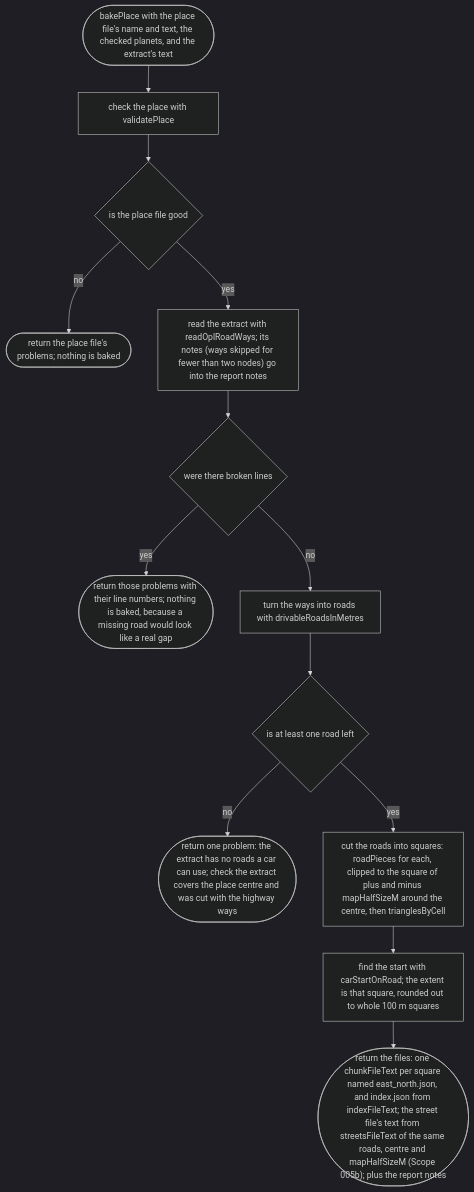
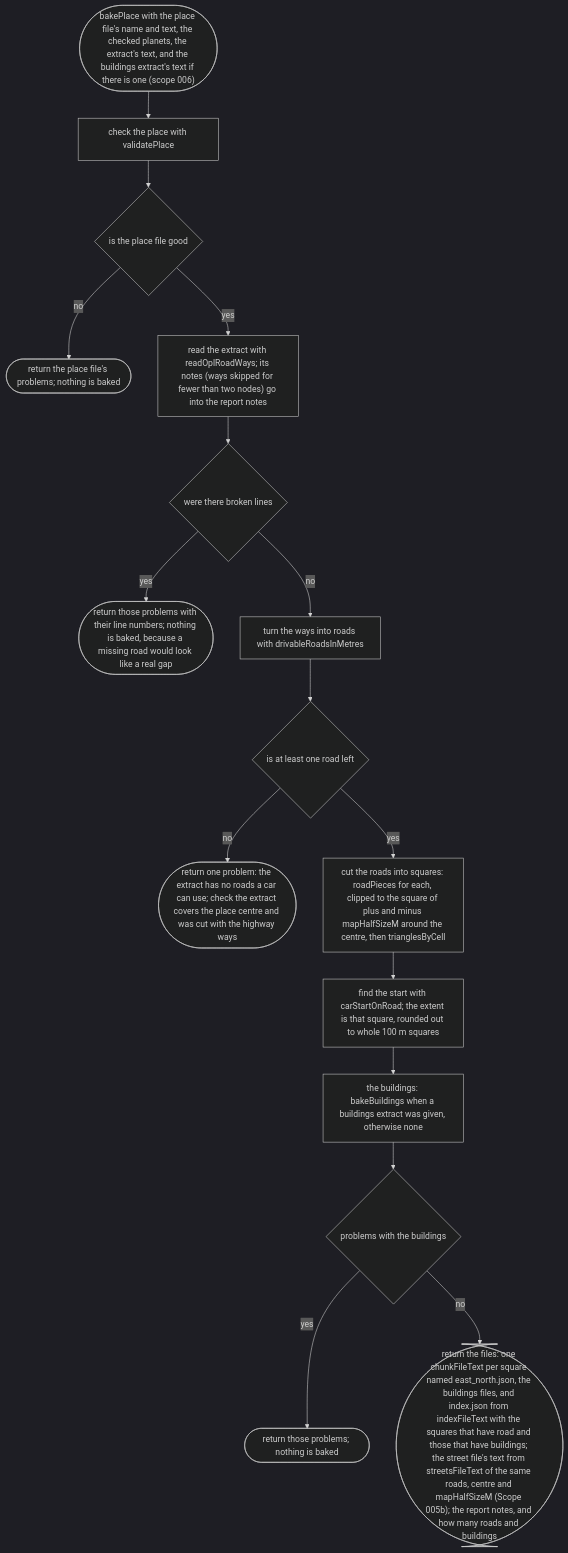
Before and after one commit to NewDara-Star/world-engine: the first of 5 diagrams in docs/designs/tools/bake/bake.md, drawn with Mermaid (dark theme). The commit also changed other lines of this file and 306 other files, not shown here.

First line of the commit message:
Scope 006: buildings from OpenStreetMap

````diff
--- a/docs/designs/tools/bake/bake.md
+++ b/docs/designs/tools/bake/bake.md
@@ -14,23 +14,28 @@
 ```mermaid
 flowchart TD
-  s(["bakePlace with the place file's name and text, the checked planets, and the extract's text"])
+  s(["bakePlace with the place file's name and text, the checked planets, the extract's text, and the buildings extract's text if there is one (scope 006)"])
   a["check the place with validatePlace"]
   b{"is the place file good"}
   c(["return the place file's problems; nothing is baked"])
   d["read the extract with readOplRoadWays; its notes (ways skipped for fewer than two nodes) go into the report notes"]
   e{"were there broken lines"}
   f(["return those problems with their line numbers; nothing is baked, because a missing road would look like a real gap"])
   g["turn the ways into roads with drivableRoadsInMetres"]
   h{"is at least one road left"}
   i(["return one problem: the extract has no roads a car can use; check the extract covers the place centre and was cut with the highway ways"])
   j["cut the roads into squares: roadPieces for each, clipped to the square of plus and minus mapHalfSizeM around the centre, then trianglesByCell"]
   k["find the start with carStartOnRoad; the extent is that square, rounded out to whole 100 m squares"]
-  l(["return the files: one chunkFileText per square named east_north.json, and index.json from indexFileText; the street file's text from streetsFileText of the same roads, centre and mapHalfSizeM (Scope 005b); plus the report notes"])
+  m["the buildings: bakeBuildings when a buildings extract was given, otherwise none"]
+  n{"problems with the buildings"}
+  o(["return those problems; nothing is baked"])
+  l(["return the files: one chunkFileText per square named east_north.json, the buildings files, and index.json from indexFileText with the squares that have road and those that have buildings; the street file's text from streetsFileText of the same roads, centre and mapHalfSizeM (Scope 005b); the report notes, and how many roads and buildings"])
   s --> a --> b
   b -->|"no"| c
   b -->|"yes"| d --> e
   e -->|"yes"| f
   e -->|"no"| g --> h
   h -->|"no"| i
-  h -->|"yes"| j --> k --> l
+  h -->|"yes"| j --> k --> m --> n
+  n -->|"yes"| o
+  n -->|"no"| l
 ```
````
